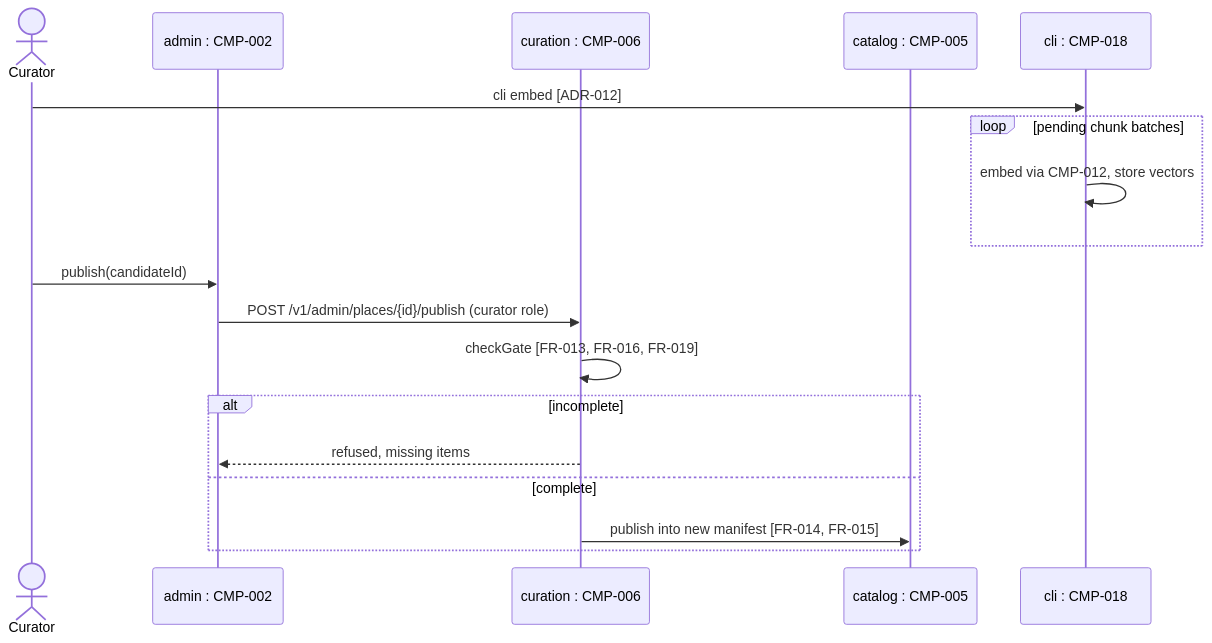
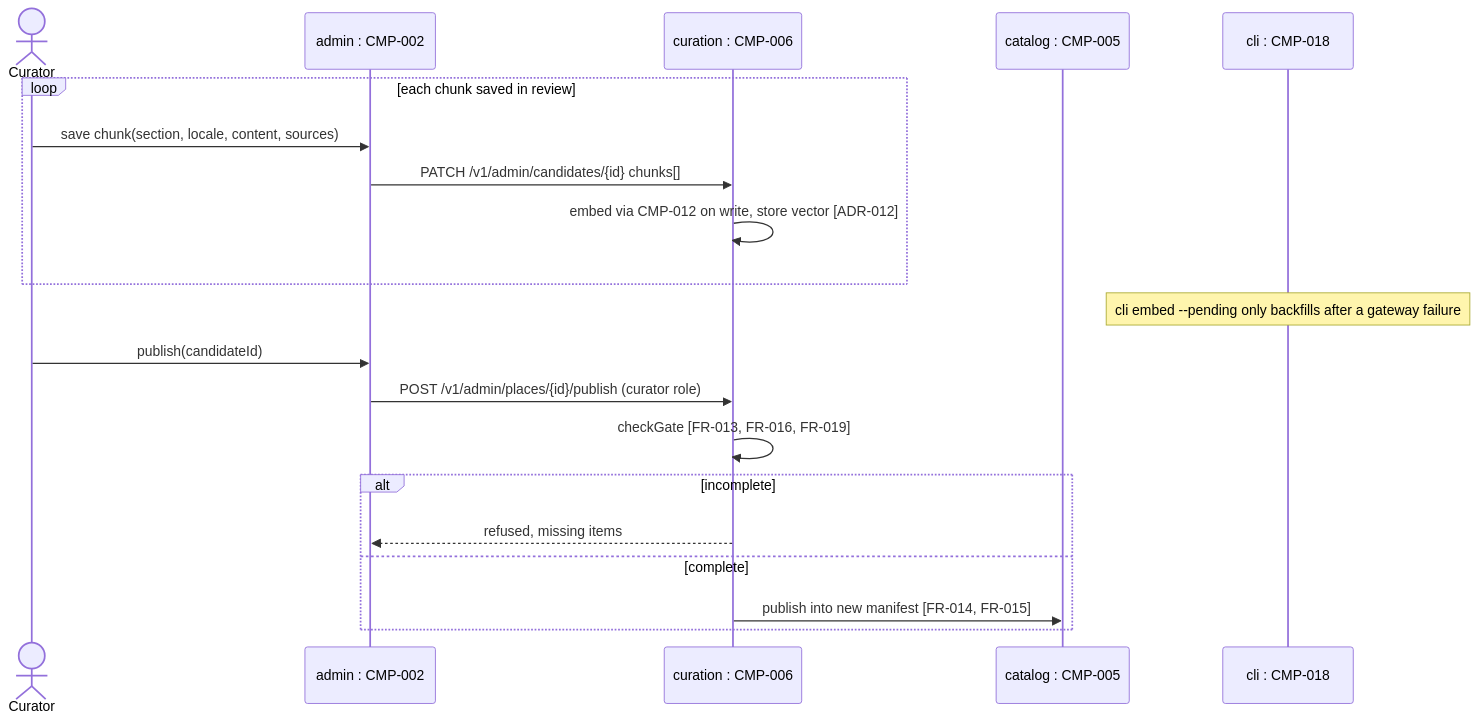
The sixth of 10 diagrams in docs/04-design/diagrams/README.md (lnt-h/fyp_dana), drawn with Mermaid before and after one commit. The commit also changed other lines of this file and 19 other files, not shown here.

````diff
--- a/docs/04-design/diagrams/README.md
+++ b/docs/04-design/diagrams/README.md
@@ -223,20 +222,22 @@
 ```mermaid
 sequenceDiagram
     actor C as Curator
     participant ADM as admin : CMP-002
     participant CUR as curation : CMP-006
     participant CAT as catalog : CMP-005
     participant CLI as cli : CMP-018
-    C->>CLI: cli embed [ADR-012]
-    loop pending chunk batches
-        CLI->>CLI: embed via CMP-012, store vectors
+    loop each chunk saved in review
+        C->>ADM: save chunk(section, locale, content, sources)
+        ADM->>CUR: PATCH /v1/admin/candidates/{id} chunks[]
+        CUR->>CUR: embed via CMP-012 on write, store vector [ADR-012]
     end
+    Note over CLI: cli embed --pending only backfills after a gateway failure
     C->>ADM: publish(candidateId)
     ADM->>CUR: POST /v1/admin/places/{id}/publish (curator role)
     CUR->>CUR: checkGate [FR-013, FR-016, FR-019]
     alt incomplete
         CUR-->>ADM: refused, missing items
     else complete
         CUR->>CAT: publish into new manifest [FR-014, FR-015]
     end
 ```
````
